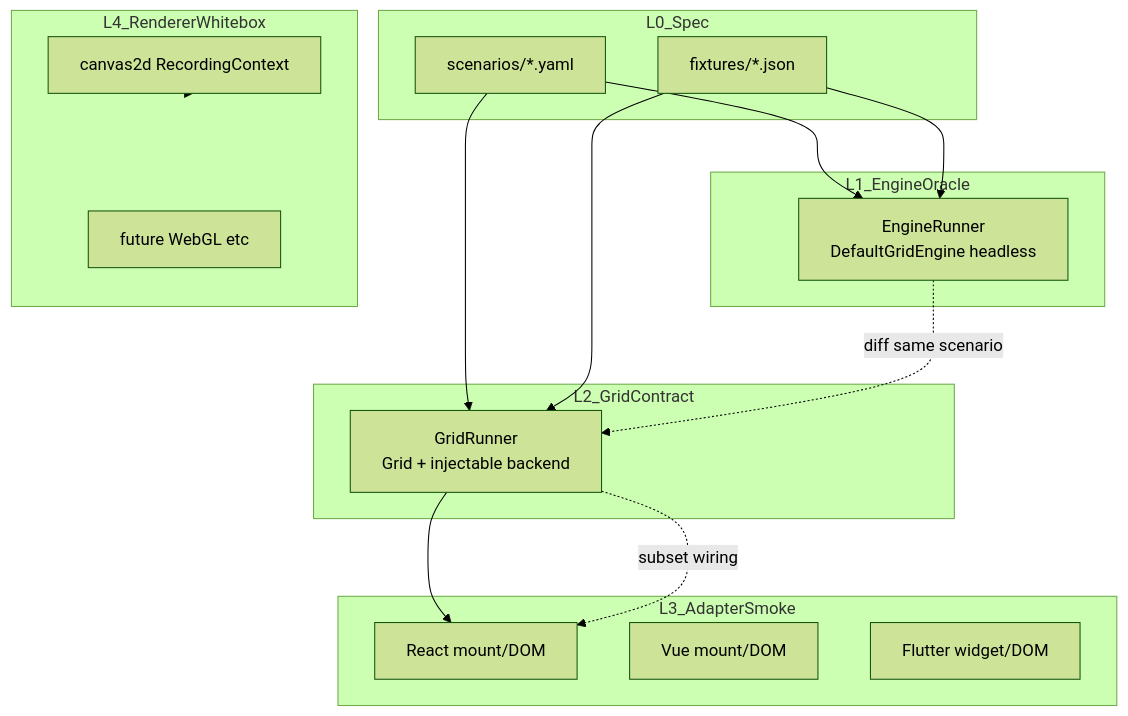
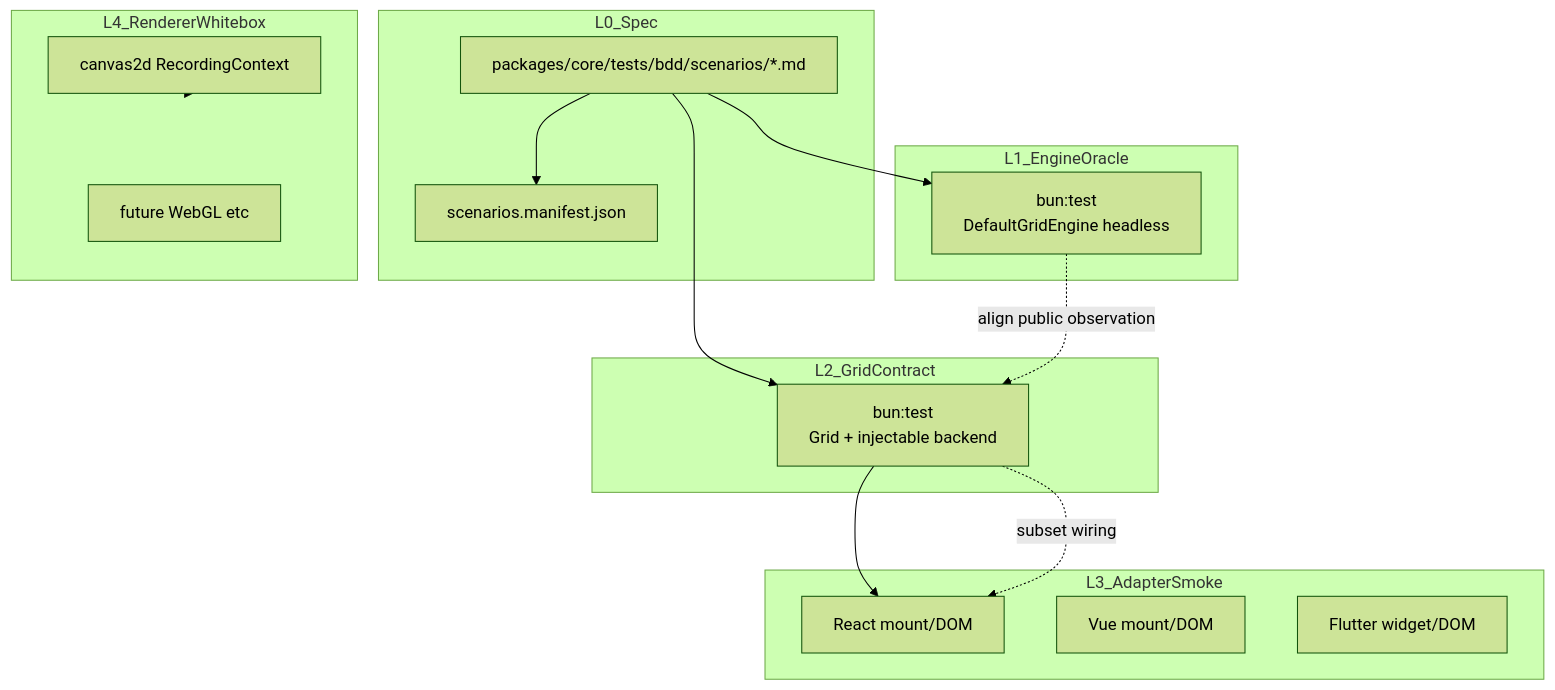
One commit to r1005410078/NovaSheet changed the diagram in docs/superpowers/specs/2026-06-08-novasheet-behavioral-testing-design.md. Above: the diagram before and after it, drawn with Mermaid (forest theme). The commit also changed other lines of this file and 3 other files, not shown here.

First line of the commit message:
docs(plan): Core Public API BDD 路线图与 Phase 1 启动说明

````diff
--- a/docs/superpowers/specs/2026-06-08-novasheet-behavioral-testing-design.md
+++ b/docs/superpowers/specs/2026-06-08-novasheet-behavioral-testing-design.md
@@ -116,35 +115,34 @@
 ```mermaid
 flowchart TB
   subgraph L0 [L0_Spec]
-    yaml["scenarios/*.yaml"]
-    fixtures["fixtures/*.json"]
+    md["packages/core/tests/bdd/scenarios/*.md"]
+    manifest["scenarios.manifest.json"]
   end
 
   subgraph L1 [L1_EngineOracle]
-    engineRunner["EngineRunner\nDefaultGridEngine headless"]
+    engineTest["bun:test\nDefaultGridEngine headless"]
   end
 
   subgraph L2 [L2_GridContract]
-    gridRunner["GridRunner\nGrid + injectable backend"]
+    gridTest["bun:test\nGrid + injectable backend"]
   end
 
   subgraph L3 [L3_AdapterSmoke]
     reactSmoke["React mount/DOM"]
     vueSmoke["Vue mount/DOM"]
     flutterSmoke["Flutter widget/DOM"]
   end
 
   subgraph L4 [L4_RendererWhitebox]
     painters["canvas2d RecordingContext"]
     futureRender["future WebGL etc"]
   end
 
-  yaml --> engineRunner
-  yaml --> gridRunner
-  fixtures --> engineRunner
-  fixtures --> gridRunner
-  gridRunner --> reactSmoke
-  engineRunner -.->|"diff same scenario"| gridRunner
-  gridRunner -.->|"subset wiring"| reactSmoke
+  md --> manifest
+  md --> engineTest
+  md --> gridTest
+  gridTest --> reactSmoke
+  engineTest -.->|"align public observation"| gridTest
+  gridTest -.->|"subset wiring"| reactSmoke
   painters --> L4
 ```
````
